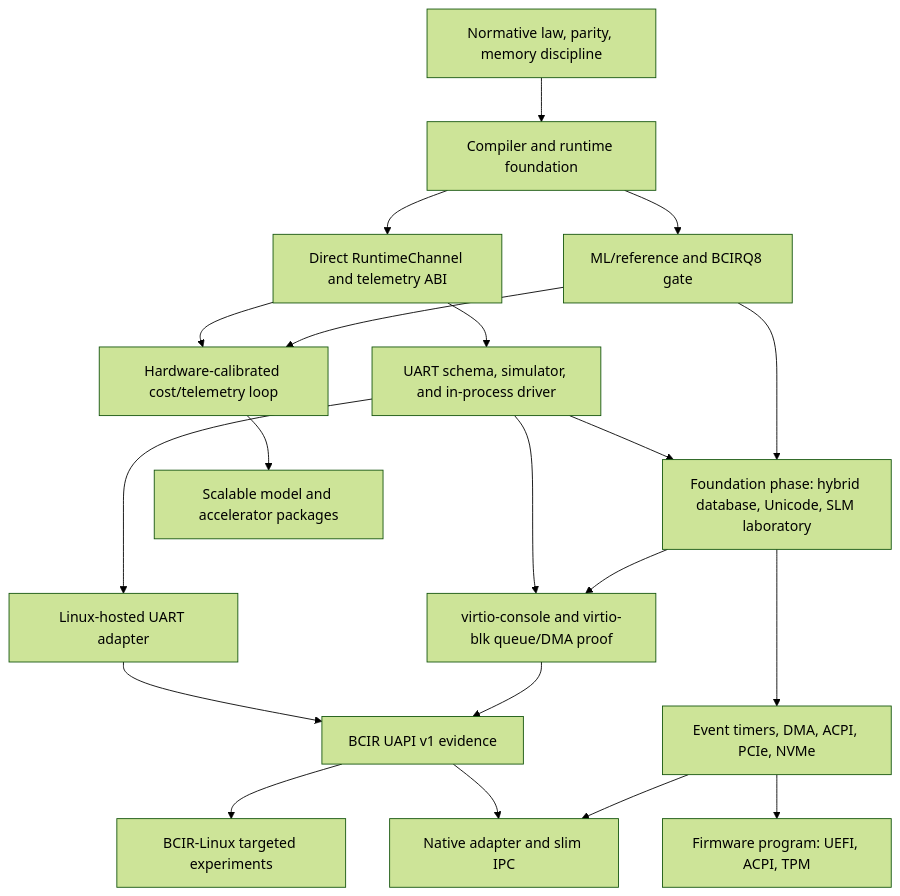
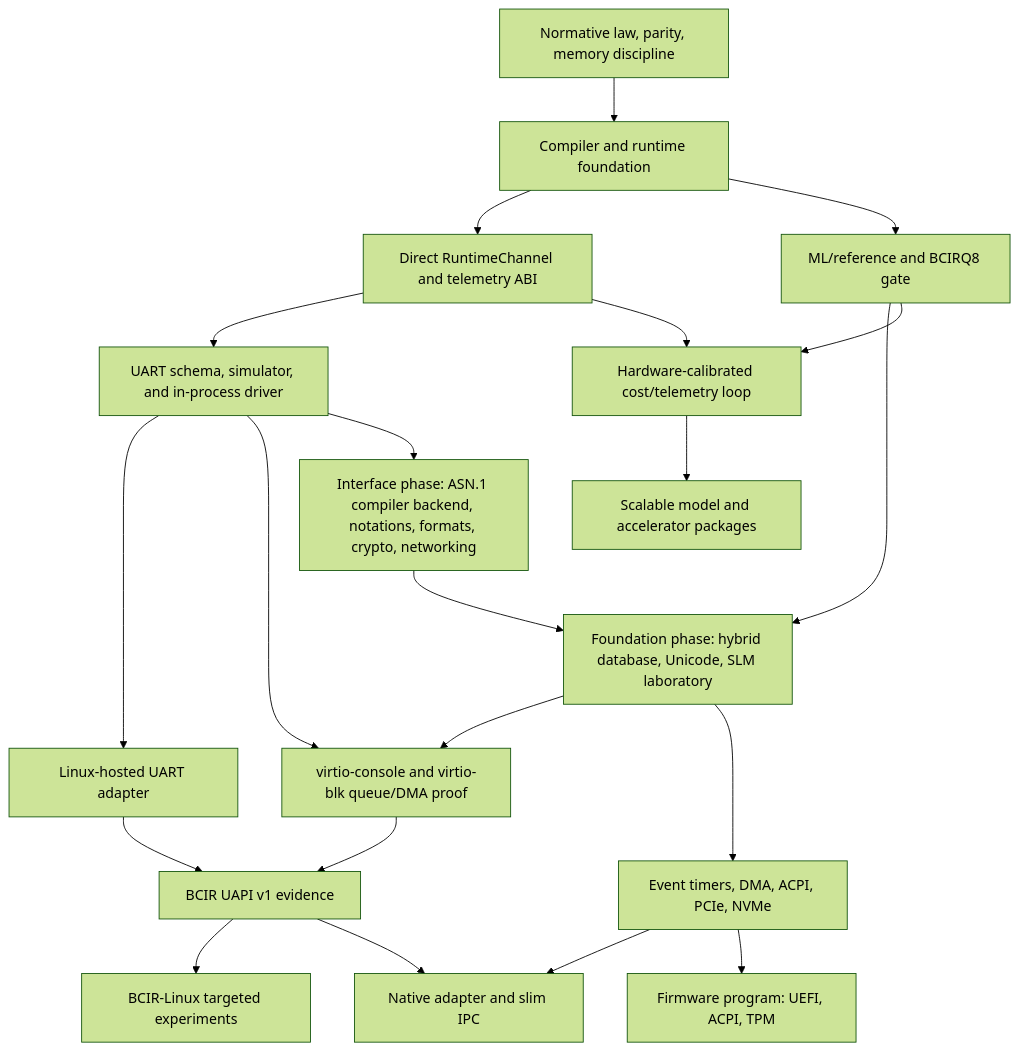
One commit to Mecca-Research/Binary-Correspondence-Intermediate-Representation changed the diagram in docs/BCIR_MASTER_ROADMAP.md. Above: the diagram before and after it, drawn with Mermaid (forest theme). The commit also changed other lines of this file and 12 other files, not shown here.

````diff
--- a/docs/BCIR_MASTER_ROADMAP.md
+++ b/docs/BCIR_MASTER_ROADMAP.md
@@ -98,22 +98,23 @@
 ```mermaid
 flowchart TD
     A["Normative law, parity, memory discipline"] --> B["Compiler and runtime foundation"]
     B --> C["Direct RuntimeChannel and telemetry ABI"]
     C --> D["UART schema, simulator, and in-process driver"]
     D --> E["Linux-hosted UART adapter"]
     D --> F["virtio-console and virtio-blk queue/DMA proof"]
     E --> G["BCIR UAPI v1 evidence"]
     F --> G
     G --> H["BCIR-Linux targeted experiments"]
     G --> I["Native adapter and slim IPC"]
-    D --> P["Foundation phase: hybrid database, Unicode, SLM laboratory"]
+    D --> X["Interface phase: ASN.1 compiler backend, notations, formats, crypto, networking"]
+    X --> P["Foundation phase: hybrid database, Unicode, SLM laboratory"]
     P --> F
     P --> T["Event timers, DMA, ACPI, PCIe, NVMe"]
     T --> I
     T --> U["Firmware program: UEFI, ACPI, TPM"]
     B --> J["ML/reference and BCIRQ8 gate"]
     J --> P
     C --> K["Hardware-calibrated cost/telemetry loop"]
     J --> K
     K --> L["Scalable model and accelerator packages"]
 ```
````
